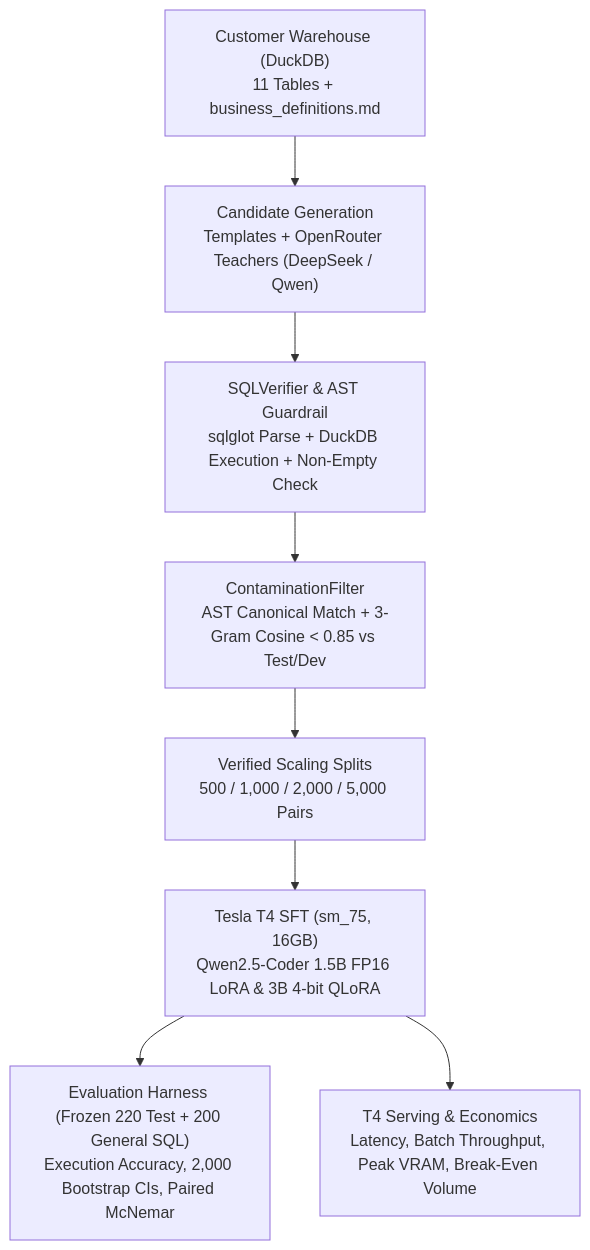
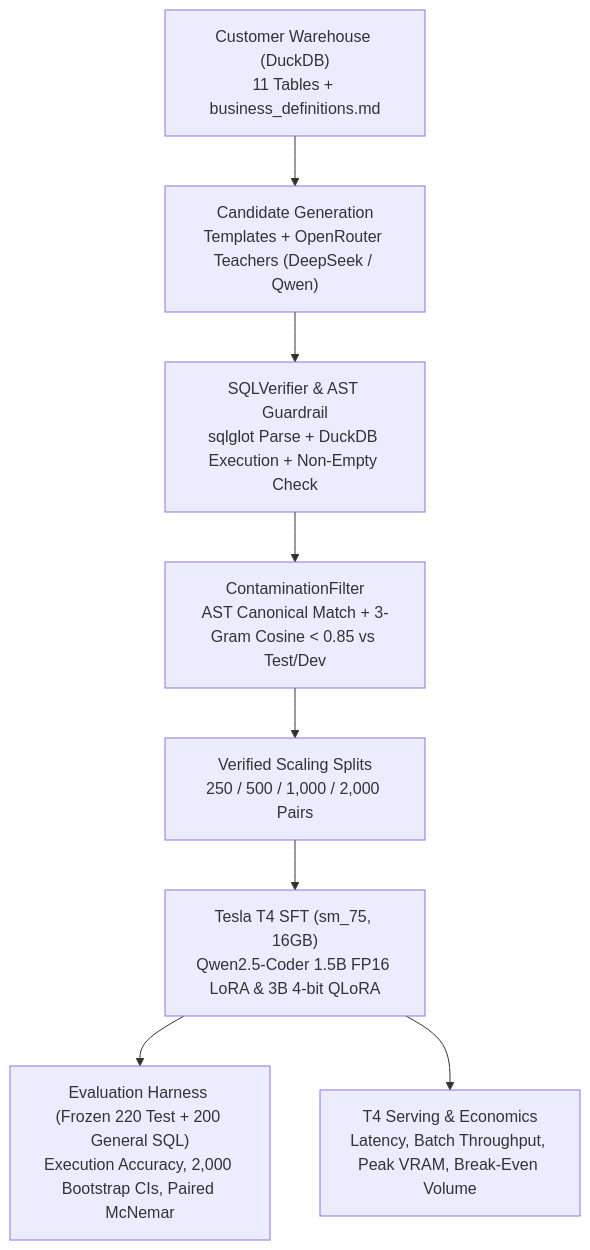
One commit to adityavsb/schema-tuned-sql changed the diagram in README.md. Above: the diagram before and after it, drawn with Mermaid. The commit also changed other lines of this file and 9 other files, not shown here.

````diff
--- a/README.md
+++ b/README.md
@@ -35,10 +35,10 @@
 ```mermaid
 flowchart TD
     A["Customer Warehouse (DuckDB)<br/>11 Tables + business_definitions.md"] --> B["Candidate Generation<br/>Templates + OpenRouter Teachers (DeepSeek / Qwen)"]
     B --> C["SQLVerifier & AST Guardrail<br/>sqlglot Parse + DuckDB Execution + Non-Empty Check"]
     C --> D["ContaminationFilter<br/>AST Canonical Match + 3-Gram Cosine < 0.85 vs Test/Dev"]
-    D --> E["Verified Scaling Splits<br/>500 / 1,000 / 2,000 / 5,000 Pairs"]
+    D --> E["Verified Scaling Splits<br/>250 / 500 / 1,000 / 2,000 Pairs"]
     E --> F["Tesla T4 SFT (sm_75, 16GB)<br/>Qwen2.5-Coder 1.5B FP16 LoRA & 3B 4-bit QLoRA"]
     F --> G["Evaluation Harness (Frozen 220 Test + 200 General SQL)<br/>Execution Accuracy, 2,000 Bootstrap CIs, Paired McNemar"]
     F --> H["T4 Serving & Economics<br/>Latency, Batch Throughput, Peak VRAM, Break-Even Volume"]
 ```
````
